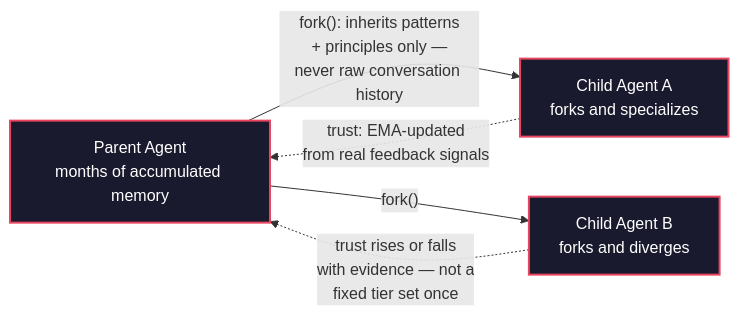
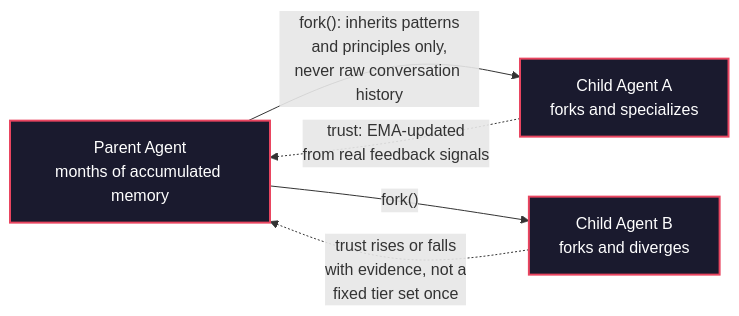
One commit to Sahith59/AgentMem-OS changed the first of 2 diagrams in README.md. Above: the diagram before and after it, drawn with Mermaid. The commit also changed other lines of this file and 13 other files, not shown here.

````diff
--- a/README.md
+++ b/README.md
@@ -15,13 +29,13 @@
 ```mermaid
 flowchart LR
     classDef agent fill:#1a1a2e,stroke:#e94560,stroke-width:2px,color:#ffffff
 
     P["Parent Agent<br/>months of accumulated memory"]:::agent
     C1["Child Agent A<br/>forks and specializes"]:::agent
     C2["Child Agent B<br/>forks and diverges"]:::agent
 
-    P -->|"fork(): inherits patterns<br/>+ principles only —<br/>never raw conversation history"| C1
+    P -->|"fork(): inherits patterns<br/>and principles only,<br/>never raw conversation history"| C1
     P -->|"fork()"| C2
     C1 -.->|"trust: EMA-updated<br/>from real feedback signals"| P
-    C2 -.->|"trust rises or falls<br/>with evidence — not a<br/>fixed tier set once"| P
+    C2 -.->|"trust rises or falls<br/>with evidence, not a<br/>fixed tier set once"| P
 ```
````
